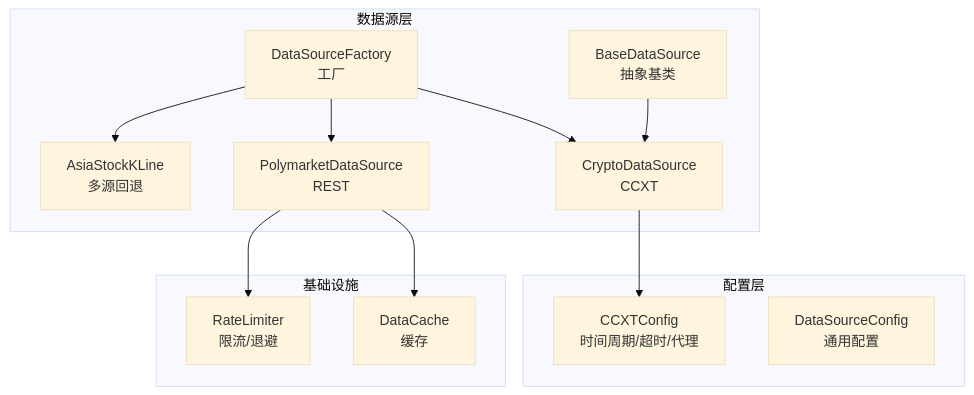
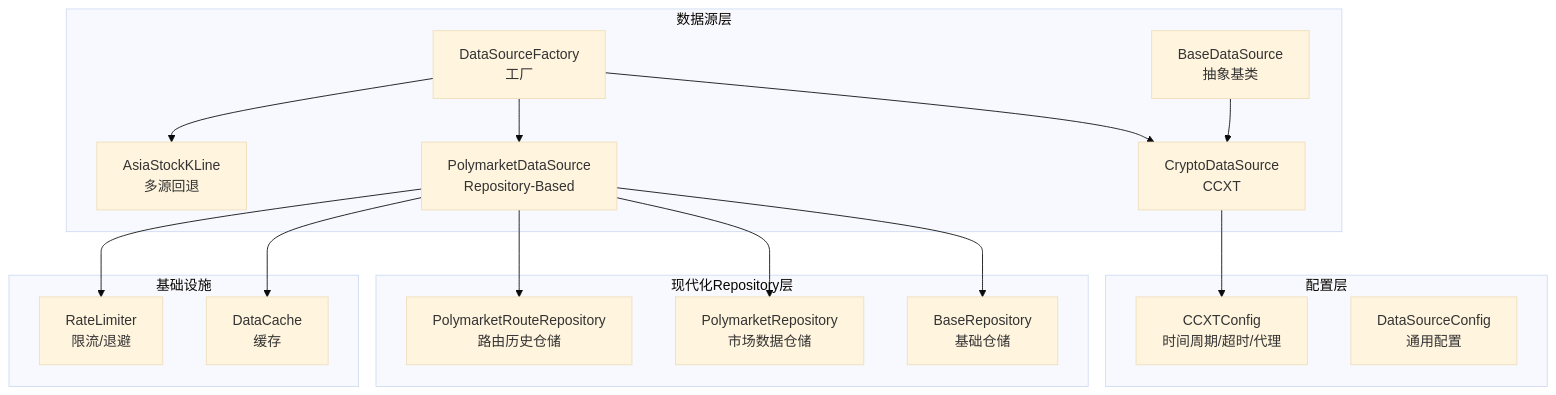
The first of 6 diagrams in .qoder/repowiki/zh/content/数据管理系统/数据源适配器/加密货币数据源.md (joezxh/QuantDinger), drawn with Mermaid (base theme) before and after one commit. The commit also changed other lines of this file and 28 other files, not shown here.

````diff
--- a/.qoder/repowiki/zh/content/数据管理系统/数据源适配器/加密货币数据源.md
+++ b/.qoder/repowiki/zh/content/数据管理系统/数据源适配器/加密货币数据源.md
@@ -43,25 +47,33 @@
 ```mermaid
 graph TB
 subgraph "数据源层"
 DSF["DataSourceFactory<br/>工厂"]
 Base["BaseDataSource<br/>抽象基类"]
 Crypto["CryptoDataSource<br/>CCXT"]
-Polymarket["PolymarketDataSource<br/>REST"]
+Polymarket["PolymarketDataSource<br/>Repository-Based"]
 AsiaK["AsiaStockKLine<br/>多源回退"]
+end
+subgraph "现代化Repository层"
+RepoBase["BaseRepository<br/>基础仓储"]
+PolymarketRepo["PolymarketRepository<br/>市场数据仓储"]
+RouteRepo["PolymarketRouteRepository<br/>路由历史仓储"]
 end
 subgraph "配置层"
 CCXTConf["CCXTConfig<br/>时间周期/超时/代理"]
 DSConf["DataSourceConfig<br/>通用配置"]
 end
 subgraph "基础设施"
 Cache["DataCache<br/>缓存"]
 Limiter["RateLimiter<br/>限流/退避"]
 end
 DSF --> Crypto
 DSF --> Polymarket
 DSF --> AsiaK
 Base --> Crypto
+Polymarket --> RepoBase
+Polymarket --> PolymarketRepo
+Polymarket --> RouteRepo
 Crypto --> CCXTConf
 Polymarket --> Cache
 Polymarket --> Limiter
 ```
````
